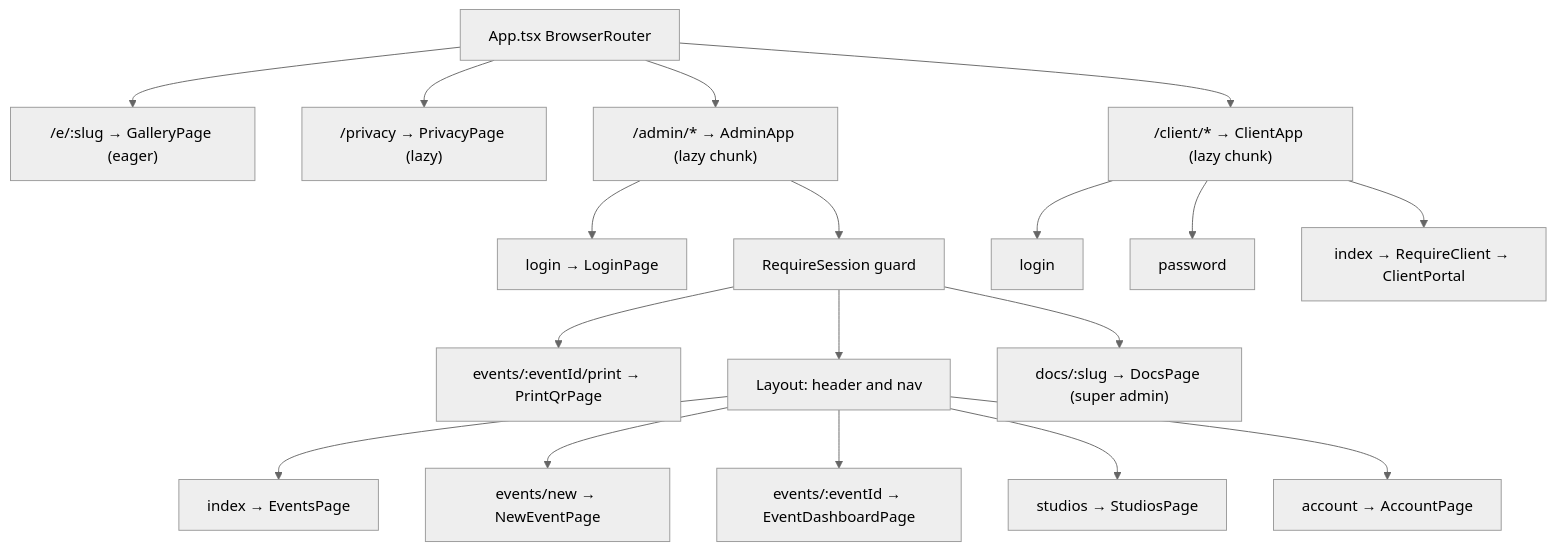
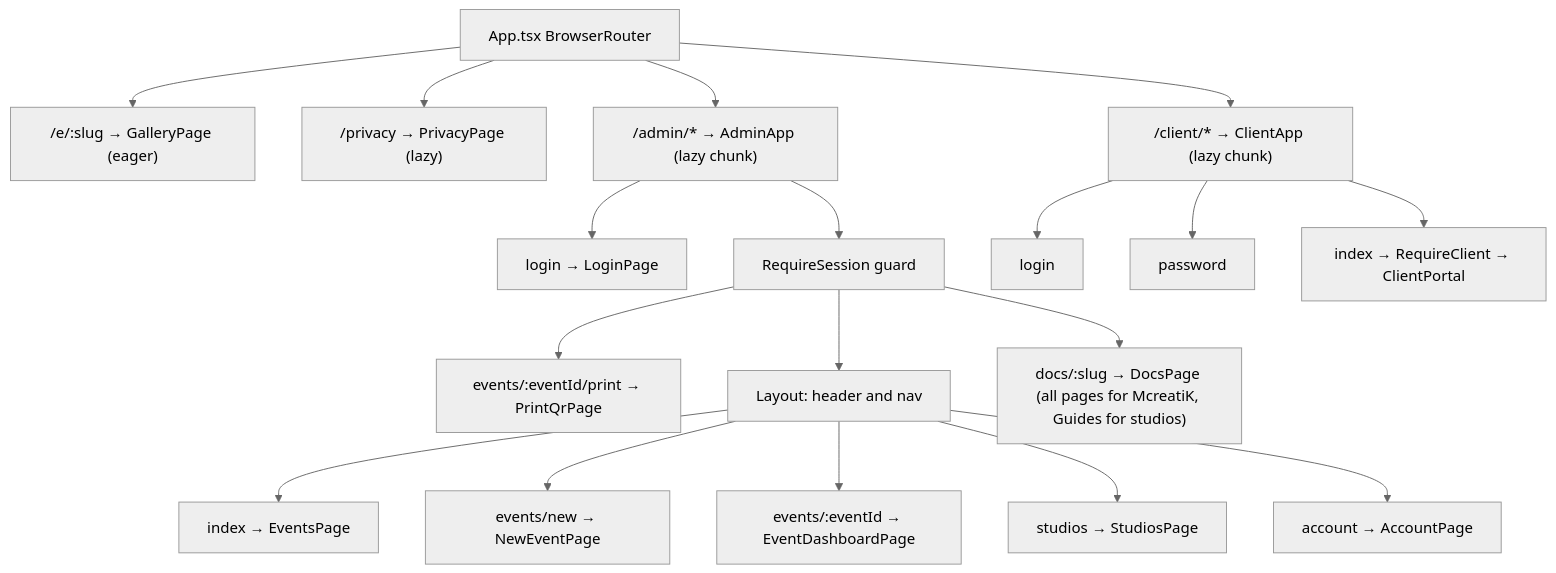
One commit to MugundhanG/mcreatik-instant-memories changed the first of 2 diagrams in backend/src/main/resources/docs/frontend.md. Above: the diagram before and after it, drawn with Mermaid (neutral theme). The commit also changed 16 other files, not shown here.

First line of the commit message:
Guides for studios: their pages, Download PDF, branded client guides (#69)

````diff
--- a/backend/src/main/resources/docs/frontend.md
+++ b/backend/src/main/resources/docs/frontend.md
@@ -13,20 +13,20 @@
 ```mermaid
 flowchart TB
   App[App.tsx BrowserRouter] --> G["/e/:slug → GalleryPage (eager)"]
   App --> P["/privacy → PrivacyPage (lazy)"]
   App --> A["/admin/* → AdminApp (lazy chunk)"]
   App --> C["/client/* → ClientApp (lazy chunk)"]
   A --> L[login → LoginPage]
   A --> RS[RequireSession guard]
   RS --> PR["events/:eventId/print → PrintQrPage"]
   RS --> LY[Layout: header and nav]
   LY --> E1[index → EventsPage]
   LY --> E2[events/new → NewEventPage]
   LY --> E3["events/:eventId → EventDashboardPage"]
   LY --> E4[studios → StudiosPage]
   LY --> E5[account → AccountPage]
-  RS --> D["docs/:slug → DocsPage (super admin)"]
+  RS --> D["docs/:slug → DocsPage (all pages for McreatiK, Guides for studios)"]
   C --> CL[login]
   C --> CP[password]
   C --> CR[index → RequireClient → ClientPortal]
 ```
````
